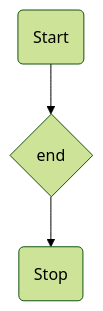
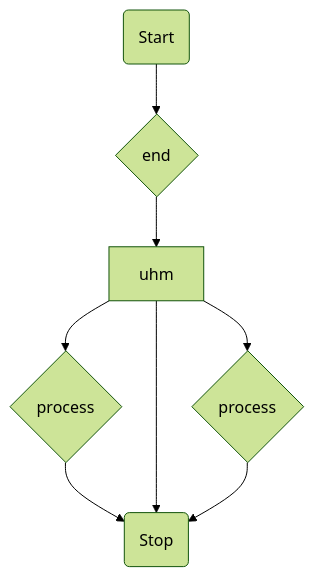
Before and after one commit to paragon1006/Obsidian_git: the first of 2 diagrams in School studies/CS/Flowcharts.md, drawn with Mermaid (forest theme). The commit also changed other lines of this file and 4 other files, not shown here.

````diff
--- a/School studies/CS/Flowcharts.md
+++ b/School studies/CS/Flowcharts.md
@@ -1,4 +1,6 @@
 ```mermaid  
 flowchart TB
-	id1(Start) --> id2{end} --> id3(Stop)
+	id4 --> id5{process} --> id3(Stop)
+	id1(Start) --> id2{end} --> id4[uhm] --> id3(Stop)
+	id4 --> id{process} --> id3(Stop)
 ```
````
